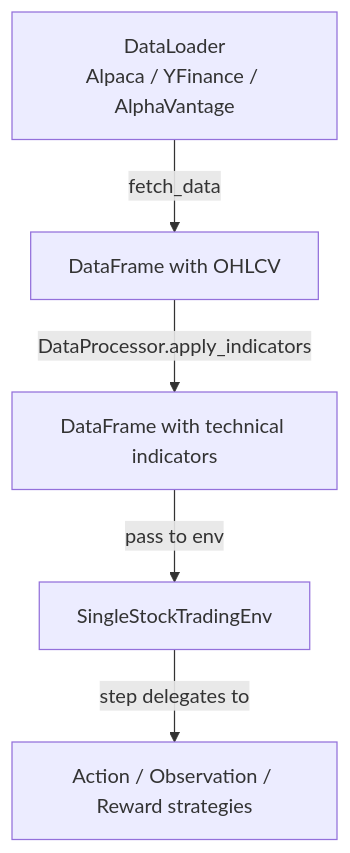
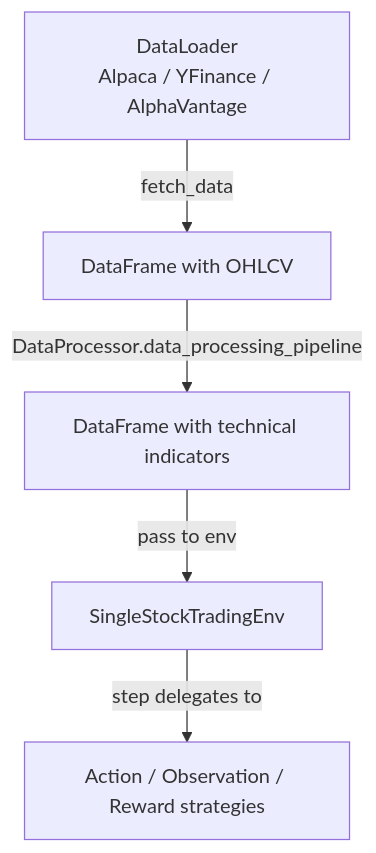
Before and after one commit to edu-ai/QuantRL-Lab: the first of 2 diagrams in docs/user-guide/overview.md, drawn with Mermaid. The commit also changed other lines of this file and 9 other files, not shown here.

````diff
--- a/docs/user-guide/overview.md
+++ b/docs/user-guide/overview.md
@@ -69,7 +69,7 @@
 ```mermaid
 graph TD
     A[DataLoader<br/>Alpaca / YFinance / AlphaVantage] -->|fetch_data| B[DataFrame with OHLCV]
-    B -->|DataProcessor.apply_indicators| C[DataFrame with technical indicators]
+    B -->|DataProcessor.data_processing_pipeline| C[DataFrame with technical indicators]
     C -->|pass to env| D[SingleStockTradingEnv]
     D -->|step delegates to| E[Action / Observation / Reward strategies]
 ```
````
